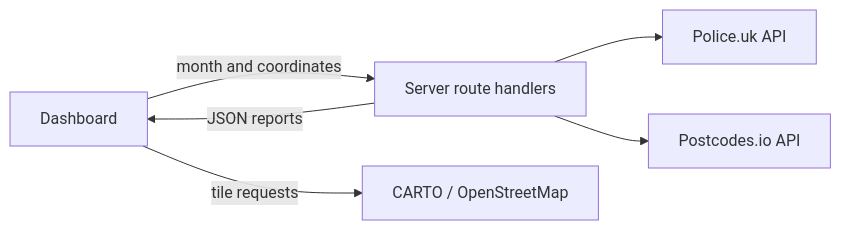
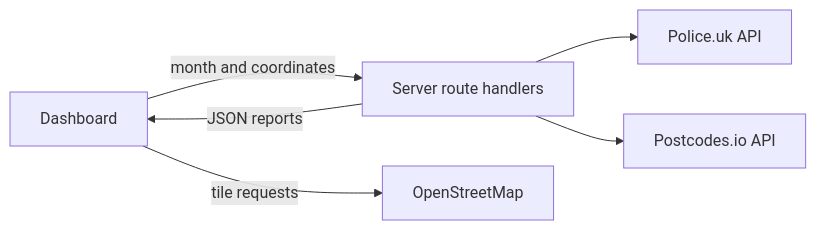
One commit to NimeshRawanage/crime-atlas changed the diagram in README.md. Above: the diagram before and after it, drawn with Mermaid. The commit also changed other lines of this file and 3 other files, not shown here.

````diff
--- a/README.md
+++ b/README.md
@@ -62,8 +62,8 @@
 ```mermaid
 flowchart LR
   Visitor[Dashboard] -->|month and coordinates| API[Server route handlers]
   API --> Police[Police.uk API]
   API --> Postcode[Postcodes.io API]
   API -->|JSON reports| Visitor
-  Visitor -->|tile requests| Tiles[CARTO / OpenStreetMap]
+  Visitor -->|tile requests| Tiles[OpenStreetMap]
 ```
````
